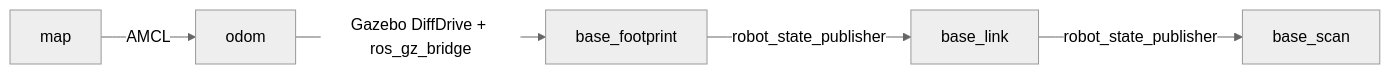
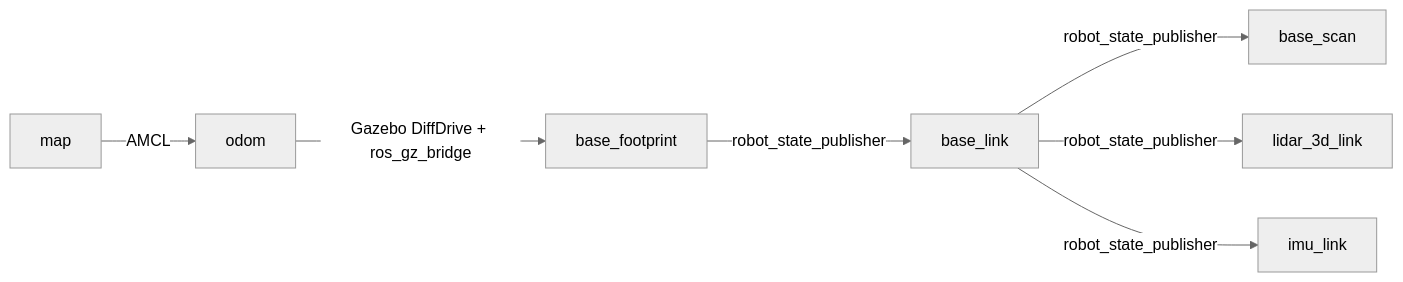
One commit to HyperNova26/AI-study changed the second of 2 diagrams in week2-slam/preparation/docs/concepts.md. Above: the diagram before and after it, drawn with Mermaid (neutral theme). The commit also changed other lines of this file and 11 other files, not shown here.

Commit message:
Use TurtleBot3 Burger with 3D lidar and IMU in preparation sim

````diff
--- a/week2-slam/preparation/docs/concepts.md
+++ b/week2-slam/preparation/docs/concepts.md
@@ -57,7 +59,9 @@
 ```mermaid
 flowchart LR
     map -->|AMCL| odom
     odom -->|Gazebo DiffDrive + ros_gz_bridge| base_footprint
     base_footprint -->|robot_state_publisher| base_link
     base_link -->|robot_state_publisher| base_scan
+    base_link -->|robot_state_publisher| lidar_3d_link
+    base_link -->|robot_state_publisher| imu_link
 ```
````
